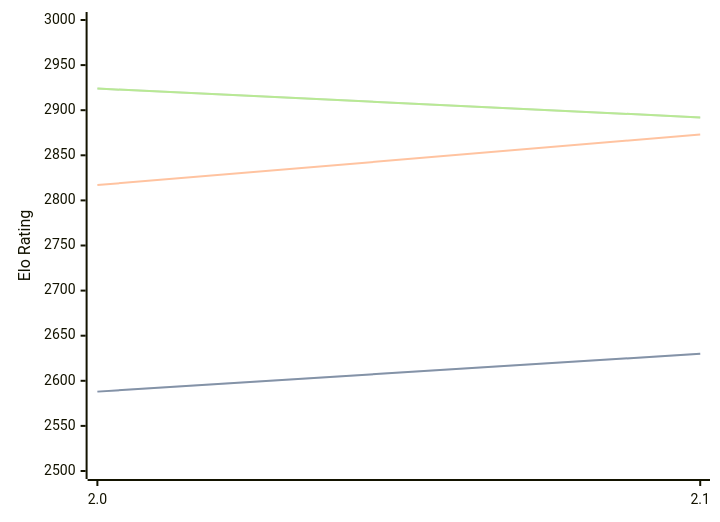
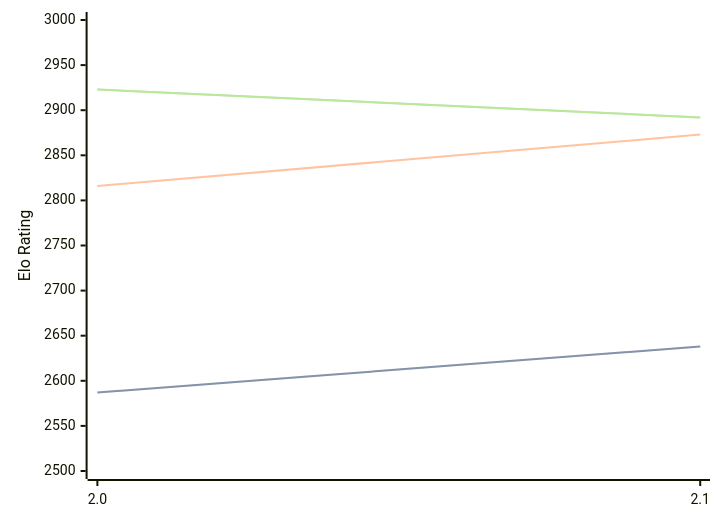
The third of 3 diagrams in engines/Noggin.md (computer-chess-index/cci), drawn with Mermaid before and after one commit. The commit also changed other lines of this file, not shown here.

Commit message:
Update CCI Ratings (ELO VLTC) - 2026-07-18

````diff
--- a/engines/Noggin.md
+++ b/engines/Noggin.md
@@ -66,11 +66,11 @@
 ```mermaid
 %%{init: {"theme":"base","themeVariables":{"seriesColors:['#a3a3a3','#222221','#faa371']}}}%%
 xychart-beta
   x-axis ["2.0", "2.1"]
   y-axis "Elo Rating" 2500 --> 3000
-  line "STC (8.0+0.08s)" [2588, 2630]
-  line "STC (8.0+0.08s)" [2588, 2630]
-  line "LTC (60.0+0.60s)" [2817, 2873]
-  line "VLTC (2m24s+1.12s)" [2924, 2892]
-  line "VLTC (2m24s+1.12s)" [2924, 2892]
+  line "STC (8.0+0.08s)" [2587, 2638]
+  line "STC (8.0+0.08s)" [2587, 2638]
+  line "LTC (60.0+0.60s)" [2816, 2873]
+  line "VLTC (2m24s+1.12s)" [2923, 2892]
+  line "VLTC (2m24s+1.12s)" [2923, 2892]
 ```
````
